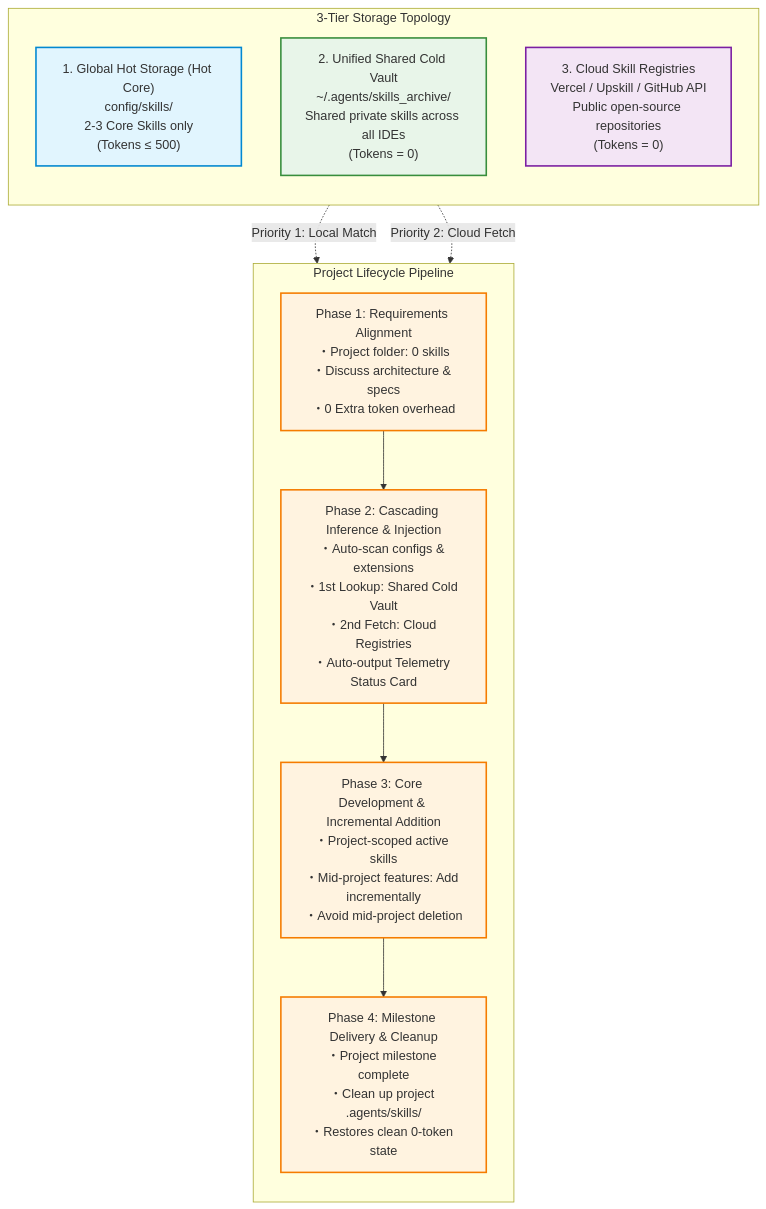
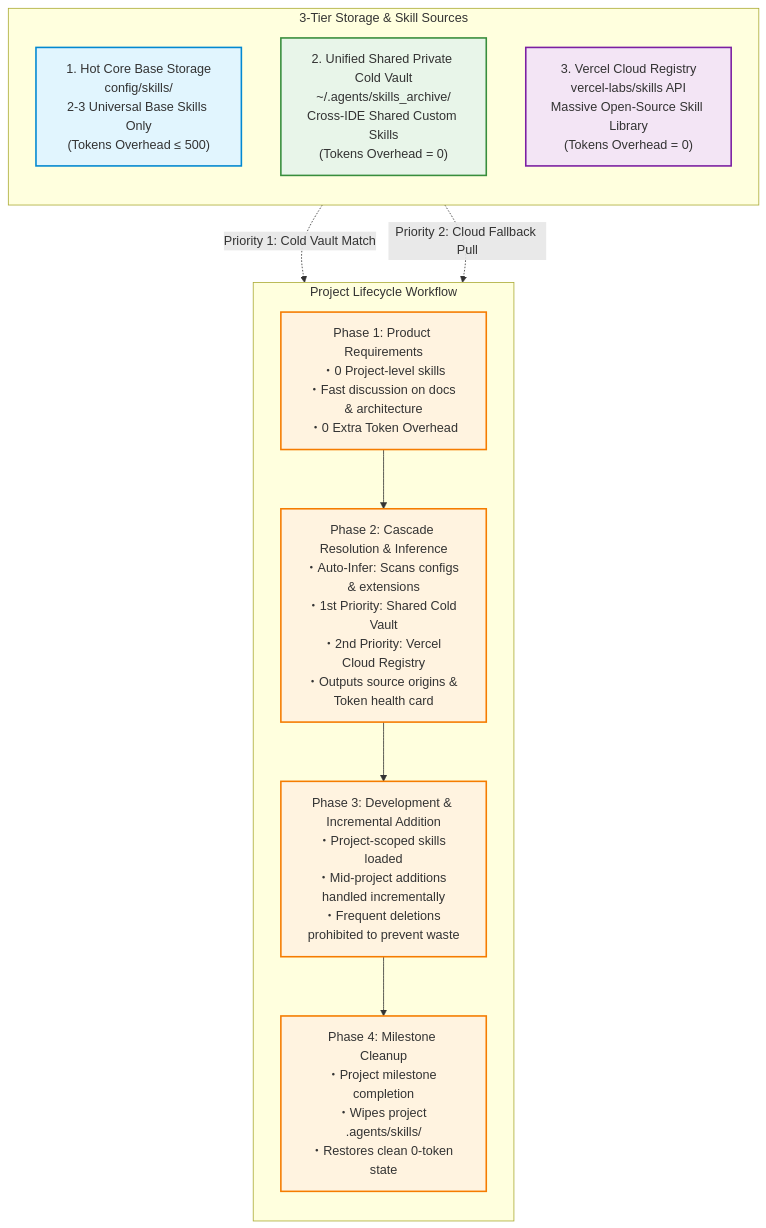
The first of 2 diagrams in README.md (amasun/skill-orchestrator), drawn with Mermaid before and after one commit. The commit also changed other lines of this file and 1 other file, not shown here.

````diff
--- a/README.md
+++ b/README.md
@@ -212,27 +77,27 @@
 ```mermaid
 flowchart TD
     classDef hotStyle fill:#e1f5fe,stroke:#0288d1,stroke-width:2px;
     classDef coldStyle fill:#e8f5e9,stroke:#388e3c,stroke-width:2px;
     classDef cloudStyle fill:#f3e5f5,stroke:#7b1fa2,stroke-width:2px;
     classDef phaseStyle fill:#fff3e0,stroke:#f57c00,stroke-width:2px;
 
-    subgraph STORAGE["3-Tier Storage Topology"]
+    subgraph STORAGE["3-Tier Storage & Skill Sources"]
         direction TB
-        HotCore["1. Global Hot Storage (Hot Core)<br>config/skills/<br>2-3 Core Skills only<br>(Tokens &le; 500)"]:::hotStyle
-        ColdArchive["2. Unified Shared Cold Vault<br>~/.agents/skills_archive/<br>Shared private skills across all IDEs<br>(Tokens = 0)"]:::coldStyle
-        VercelCloud["3. Cloud Skill Registries<br>Vercel / Upskill / GitHub API<br>Public open-source repositories<br>(Tokens = 0)"]:::cloudStyle
+        HotCore["1. Hot Core Base Storage<br>config/skills/<br>2-3 Universal Base Skills Only<br>(Tokens Overhead &le; 500)"]:::hotStyle
+        ColdArchive["2. Unified Shared Private Cold Vault<br>~/.agents/skills_archive/<br>Cross-IDE Shared Custom Skills<br>(Tokens Overhead = 0)"]:::coldStyle
+        VercelCloud["3. Vercel Cloud Registry<br>vercel-labs/skills API<br>Massive Open-Source Skill Library<br>(Tokens Overhead = 0)"]:::cloudStyle
     end
 
-    subgraph LIFECYCLE["Project Lifecycle Pipeline"]
+    subgraph LIFECYCLE["Project Lifecycle Workflow"]
         direction TB
-        P1["Phase 1: Requirements Alignment<br>・Project folder: 0 skills<br>・Discuss architecture & specs<br>・0 Extra token overhead"]:::phaseStyle
-        P2["Phase 2: Cascading Inference & Injection<br>・Auto-scan configs & extensions<br>・1st Lookup: Shared Cold Vault<br>・2nd Fetch: Cloud Registries<br>・Auto-output Telemetry Status Card"]:::phaseStyle
-        P3["Phase 3: Core Development & Incremental Addition<br>・Project-scoped active skills<br>・Mid-project features: Add incrementally<br>・Avoid mid-project deletion"]:::phaseStyle
-        P4["Phase 4: Milestone Delivery & Cleanup<br>・Project milestone complete<br>・Clean up project .agents/skills/<br>・Restores clean 0-token state"]:::phaseStyle
+        P1["Phase 1: Product Requirements<br>・0 Project-level skills<br>・Fast discussion on docs & architecture<br>・0 Extra Token Overhead"]:::phaseStyle
+        P2["Phase 2: Cascade Resolution & Inference<br>・Auto-Infer: Scans configs & extensions<br>・1st Priority: Shared Cold Vault<br>・2nd Priority: Vercel Cloud Registry<br>・Outputs source origins & Token health card"]:::phaseStyle
+        P3["Phase 3: Development & Incremental Addition<br>・Project-scoped skills loaded<br>・Mid-project additions handled incrementally<br>・Frequent deletions prohibited to prevent waste"]:::phaseStyle
+        P4["Phase 4: Milestone Cleanup<br>・Project milestone completion<br>・Wipes project .agents/skills/<br>・Restores clean 0-token state"]:::phaseStyle
 
         P1 --> P2 --> P3 --> P4
     end
 
-    ColdArchive -.->|Priority 1: Local Match| P2
-    VercelCloud -.->|Priority 2: Cloud Fetch| P2
+    ColdArchive -.->|Priority 1: Cold Vault Match| P2
+    VercelCloud -.->|Priority 2: Cloud Fallback Pull| P2
 ```
````
